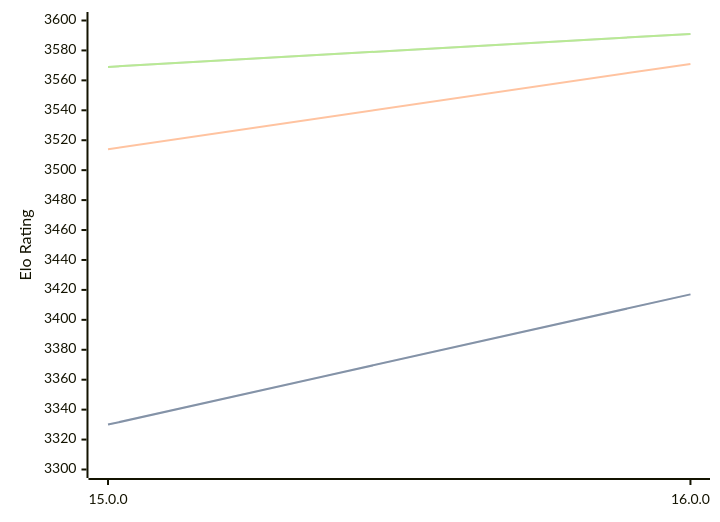
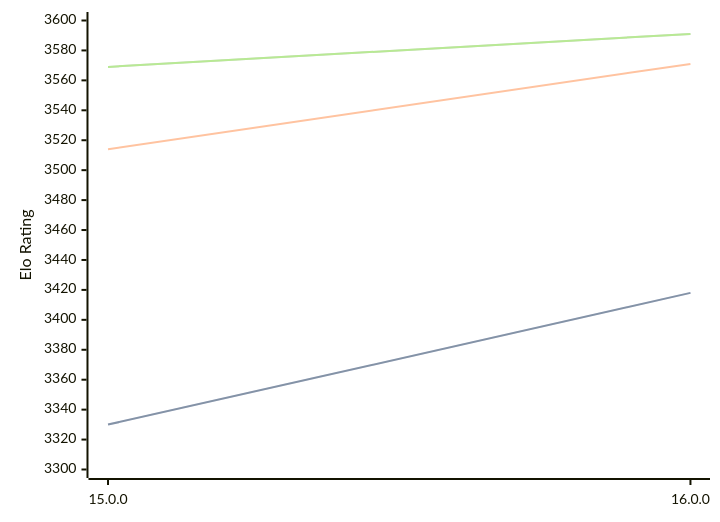
The diagram in engines/Halogen.md (computer-chess-index/cci), drawn with Mermaid before and after one commit. The commit also changed other lines of this file, not shown here.

Commit message:
Update CCI Ratings (ELO VLTC) - 2026-02-26

````diff
--- a/engines/Halogen.md
+++ b/engines/Halogen.md
@@ -48,11 +48,11 @@
 ```mermaid
 %%{init: {"theme":"base","themeVariables":{"seriesColors:['#a3a3a3','#222221','#faa371']}}}%%
 xychart-beta
   x-axis ["15.0.0", "16.0.0"]
   y-axis "Elo Rating" 3300 --> 3600
-  line "STC (8.0+0.08s)" [3330, 3417]
-  line "STC (8.0+0.08s)" [3330, 3417]
+  line "STC (8.0+0.08s)" [3330, 3418]
+  line "STC (8.0+0.08s)" [3330, 3418]
   line "LTC (60.0+0.60s)" [3514, 3571]
   line "VLTC (2m24s+1.12s)" [3569, 3591]
   line "VLTC (2m24s+1.12s)" [3569, 3591]
 ```
````
